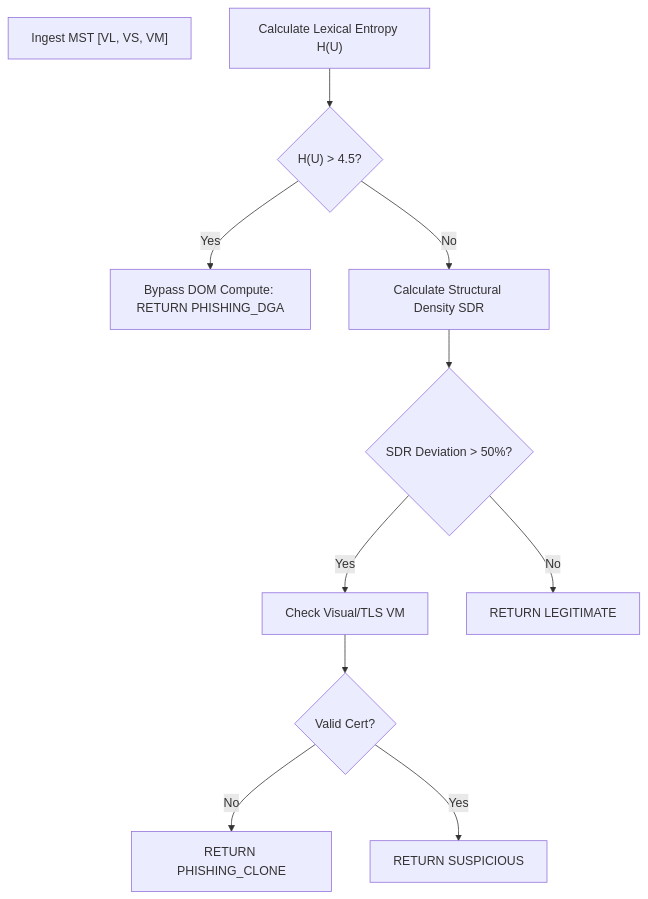
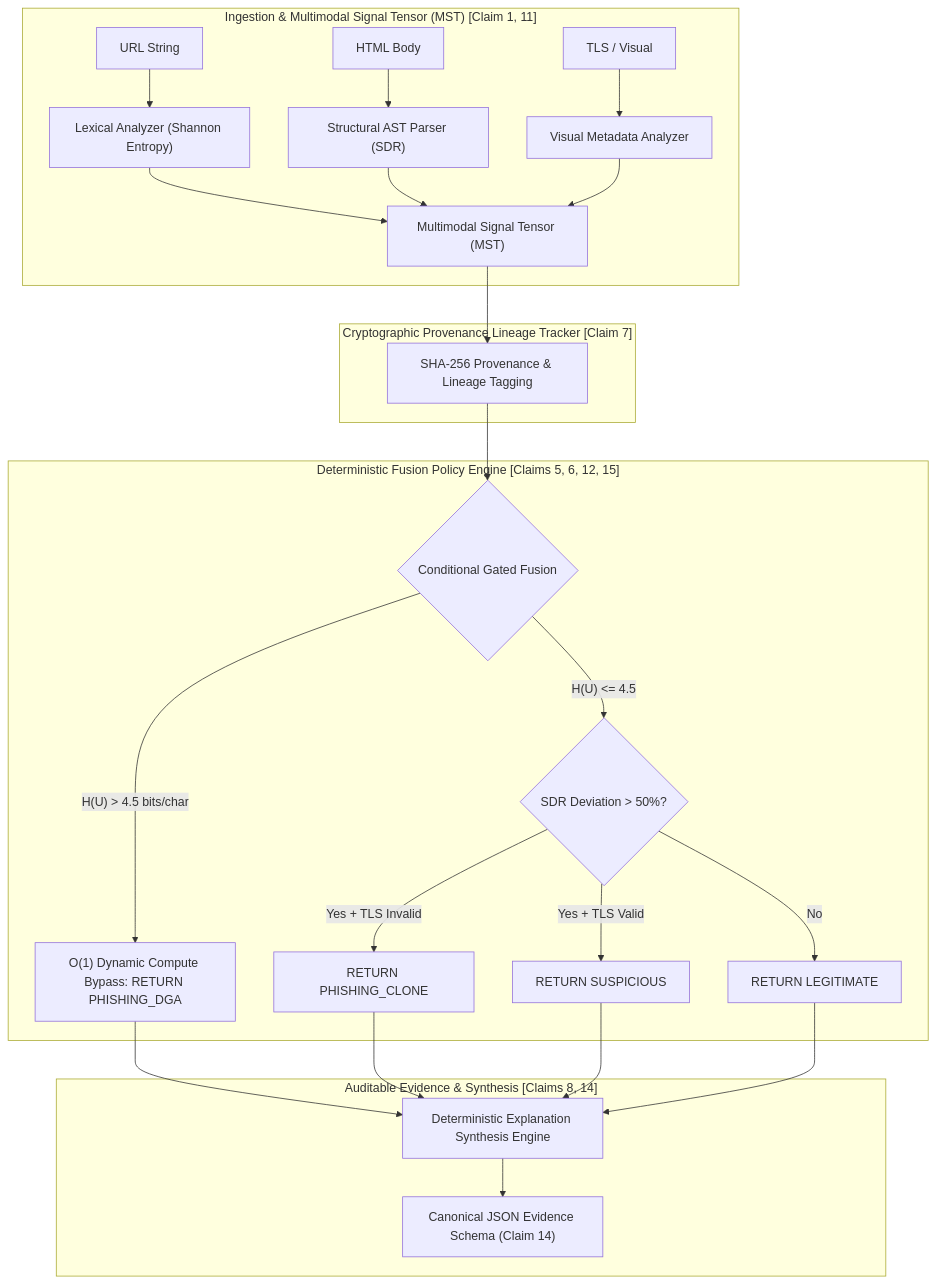
One commit to Panchadip-128/Copyrights-Patents changed the diagram in X-MPFD-E ++/README.md. Above: the diagram before and after it, drawn with Mermaid. The commit also changed other lines of this file and 77 other files, not shown here.

````diff
--- a/X-MPFD-E ++/README.md
+++ b/X-MPFD-E ++/README.md
@@ -79,17 +22,30 @@
 ```mermaid
-flowchart TD
-    Start["Ingest MST [VL, VS, VM]"]
-    EvalLex["Calculate Lexical Entropy H(U)"]
-    EvalLex --> CheckLex{"H(U) > 4.5?"}
-    
-    CheckLex -- Yes --> DGA["Bypass DOM Compute: RETURN PHISHING_DGA"]
-    CheckLex -- No --> EvalDOM["Calculate Structural Density SDR"]
-    
-    EvalDOM --> CheckDOM{"SDR Deviation > 50%?"}
-    CheckDOM -- Yes --> EvalTLS["Check Visual/TLS VM"]
-    CheckDOM -- No --> Legit["RETURN LEGITIMATE"]
-    
-    EvalTLS --> TLS{"Valid Cert?"}
-    TLS -- No --> Clone["RETURN PHISHING_CLONE"]
-    TLS -- Yes --> Warn["RETURN SUSPICIOUS"]
+graph TD
+    subgraph "Ingestion & Multimodal Signal Tensor (MST) [Claim 1, 11]"
+        U["URL String"] --> L_EX["Lexical Analyzer (Shannon Entropy)"]
+        H["HTML Body"] --> S_EX["Structural AST Parser (SDR)"]
+        M["TLS / Visual"] --> V_EX["Visual Metadata Analyzer"]
+        
+        L_EX --> MST["Multimodal Signal Tensor (MST)"]
+        S_EX --> MST
+        V_EX --> MST
+    end
+
+    subgraph "Cryptographic Provenance Lineage Tracker [Claim 7]"
+        MST --> PROV["SHA-256 Provenance & Lineage Tagging"]
+    end
+
+    subgraph "Deterministic Fusion Policy Engine [Claims 5, 6, 12, 15]"
+        PROV --> GATE{"Conditional Gated Fusion"}
+        GATE -- "H(U) > 4.5 bits/char" --> BYPASS["O(1) Dynamic Compute Bypass: RETURN PHISHING_DGA"]
+        GATE -- "H(U) <= 4.5" --> STRUCT{"SDR Deviation > 50%?"}
+        STRUCT -- "Yes + TLS Invalid" --> CLONE["RETURN PHISHING_CLONE"]
+        STRUCT -- "Yes + TLS Valid" --> SUSP["RETURN SUSPICIOUS"]
+        STRUCT -- "No" --> LEGIT["RETURN LEGITIMATE"]
+    end
+
+    subgraph "Auditable Evidence & Synthesis [Claims 8, 14]"
+        BYPASS & CLONE & SUSP & LEGIT --> SYNTH["Deterministic Explanation Synthesis Engine"]
+        SYNTH --> JSON_REP["Canonical JSON Evidence Schema (Claim 14)"]
+    end
 ```
````
